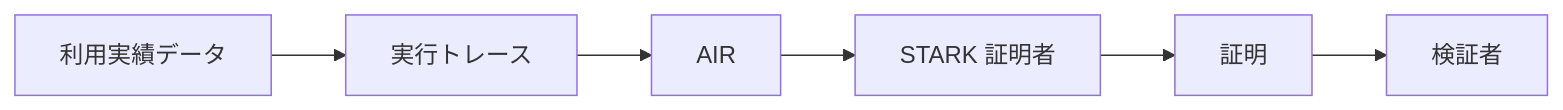
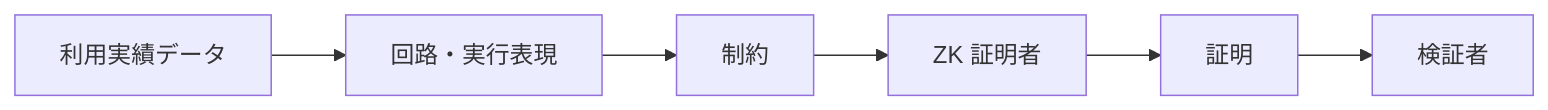
Before and after one commit to ShigeichiroYamasaki/creator-first-platform: diagram 18 of 48 in docs/whitepaper/10-security.md, drawn with Mermaid. The commit also changed other lines of this file and 42 other files, not shown here.

Commit message:
Design production service architecture

````diff
--- a/docs/whitepaper/10-security.md
+++ b/docs/whitepaper/10-security.md
@@ -578,11 +578,11 @@
 ```mermaid
 flowchart LR
     DATA[利用実績データ]
-    TRACE[実行トレース]
-    AIR[AIR]
-    PROVER[STARK 証明者]
+    REPRESENT[回路・実行表現]
+    CONSTRAINT[制約]
+    PROVER[ZK 証明者]
     PROOF[証明]
     VERIFIER[検証者]
 
-    DATA --> TRACE --> AIR --> PROVER --> PROOF --> VERIFIER
+    DATA --> REPRESENT --> CONSTRAINT --> PROVER --> PROOF --> VERIFIER
 ```
````
